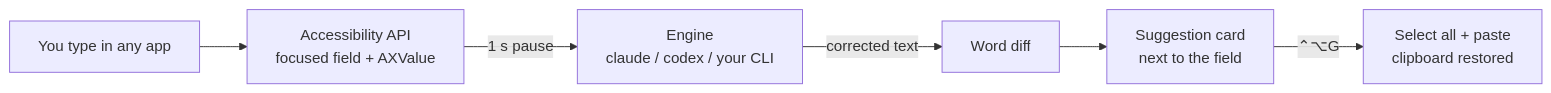
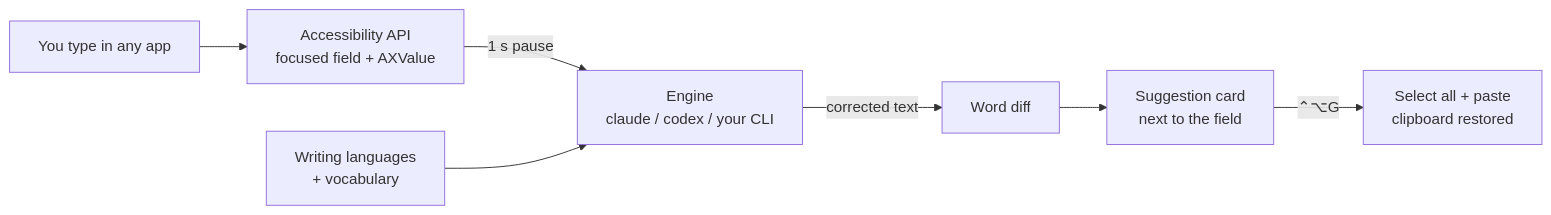
The diagram in README.md (AllanLotta/babelpen), drawn with Mermaid before and after one commit. The commit also changed other lines of this file and 33 other files, not shown here.

````diff
--- a/README.md
+++ b/README.md
@@ -146,8 +175,9 @@
 ```mermaid
 flowchart LR
     A[You type in any app] --> B[Accessibility API<br/>focused field + AXValue]
     B -->|1 s pause| C[Engine<br/>claude / codex / your CLI]
+    V[Writing languages<br/>+ vocabulary] --> C
     C -->|corrected text| D[Word diff]
     D --> E[Suggestion card<br/>next to the field]
     E -->|⌃⌥G| F[Select all + paste<br/>clipboard restored]
 ```
````
